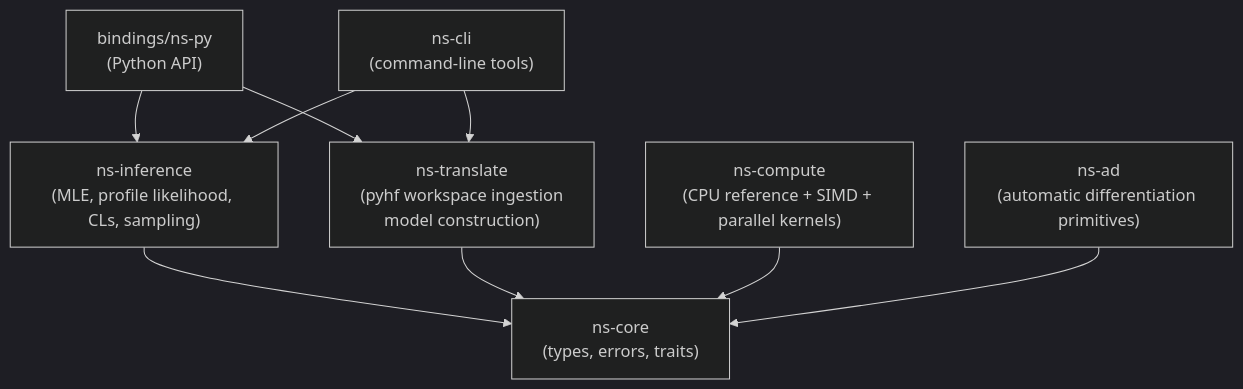
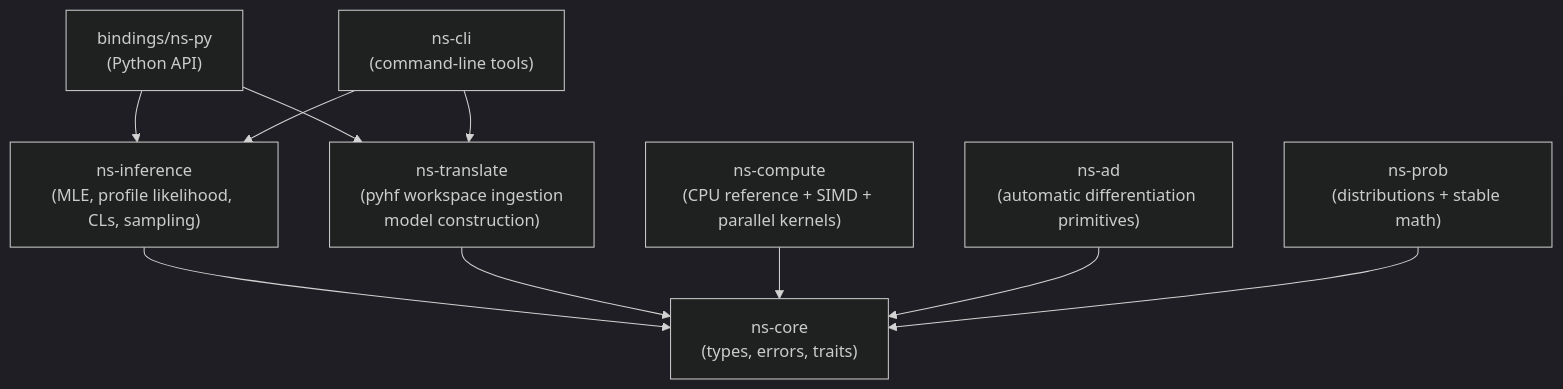
One commit to NextStat/nextstat.io changed the diagram in docs/WHITEPAPER.md. Above: the diagram before and after it, drawn with Mermaid (dark theme). The commit also changed other lines of this file and 3 other files, not shown here.

````diff
--- a/docs/WHITEPAPER.md
+++ b/docs/WHITEPAPER.md
@@ -117,11 +143,12 @@
 ```mermaid
 flowchart TB
   A["ns-inference\n(MLE, profile likelihood, CLs, sampling)"] --> B["ns-core\n(types, errors, traits)"]
   C["ns-translate\n(pyhf workspace ingestion\nmodel construction)"] --> B
   D["ns-compute\n(CPU reference + SIMD + parallel kernels)"] --> B
   E["ns-ad\n(automatic differentiation primitives)"] --> B
+  H["ns-prob\n(distributions + stable math)"] --> B
   F["bindings/ns-py\n(Python API)"] --> A
   F --> C
   G["ns-cli\n(command-line tools)"] --> A
   G --> C
 ```
````
